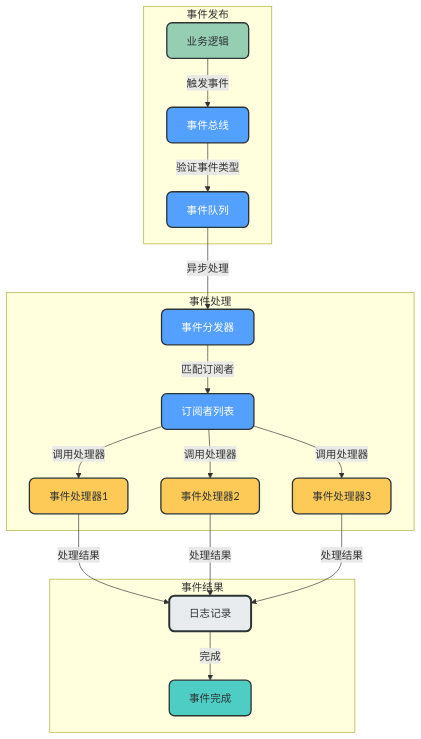
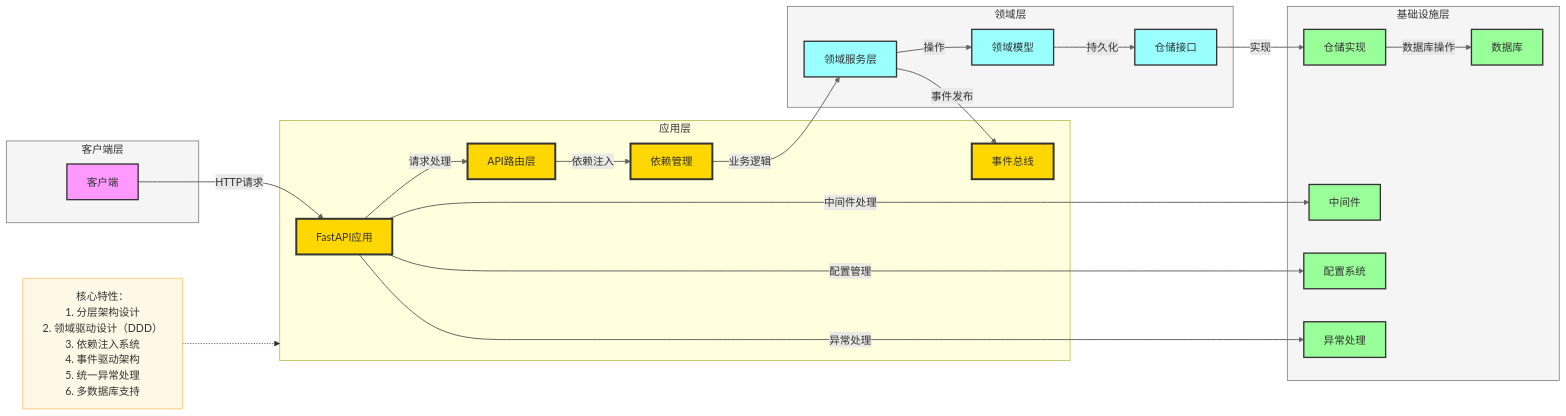
Before and after one commit to amuqiao/fastapi-enterprise-framework-template: the diagram in README.md, drawn with Mermaid. The commit also changed other lines of this file and 123 other files, not shown here.

````diff
--- a/README.md
+++ b/README.md
@@ -242,33 +16,64 @@
 ```mermaid
-flowchart TD
-    subgraph 事件发布
-        A[业务逻辑] -->|触发事件| B[事件总线]
-        B -->|验证事件类型| C[事件队列]
+flowchart LR
+    %% 样式定义（沿用参考风格）
+    classDef clientStyle fill:#f9f,stroke:#333,stroke-width:2px
+    classDef apiStyle fill:#ffd700,stroke:#333,stroke-width:3px
+    classDef domainStyle fill:#9ff,stroke:#333,stroke-width:2px
+    classDef infraStyle fill:#9f9,stroke:#333,stroke-width:2px
+    classDef subgraphStyle fill:#f5f5f5,stroke:#666,stroke-width:1px,rounded:10px
+    classDef noteStyle fill:#fff8e6,stroke:#ffb74d,stroke-width:1px,rounded:8px
+
+    %% 客户端层
+    subgraph clientLayer["客户端层"]
+        A[客户端]:::clientStyle
     end
+    class clientLayer subgraphStyle
 
-    subgraph 事件处理
-        C -->|异步处理| D[事件分发器]
-        D -->|匹配订阅者| E[订阅者列表]
-        E -->|调用处理器| F[事件处理器1]
-        E -->|调用处理器| G[事件处理器2]
-        E -->|调用处理器| H[事件处理器3]
+    %% 应用层
+    subgraph appLayer["应用层"]
+        B[FastAPI应用]:::apiStyle
+        C[API路由层]:::apiStyle
+        D[依赖管理]:::apiStyle
+        F[事件总线]:::apiStyle
     end
+    class appLayer subgraphStyle
 
-    subgraph 事件结果
-        F -->|处理结果| I[日志记录]
-        G -->|处理结果| I
-        H -->|处理结果| I
-        I -->|完成| J[事件完成]
+    %% 领域层
+    subgraph domainLayer["领域层"]
+        E[领域服务层]:::domainStyle
+        G[领域模型]:::domainStyle
+        H[仓储接口]:::domainStyle
     end
+    class domainLayer subgraphStyle
 
-    style A fill:#96CEB4,stroke:#2D3436,stroke-width:2px,color:#2D3436,rx:8,ry:8
-    style B fill:#54A0FF,stroke:#2D3436,stroke-width:2px,color:white,rx:8,ry:8
-    style C fill:#54A0FF,stroke:#2D3436,stroke-width:2px,color:white,rx:8,ry:8
-    style D fill:#54A0FF,stroke:#2D3436,stroke-width:2px,color:white,rx:8,ry:8
-    style E fill:#54A0FF,stroke:#2D3436,stroke-width:2px,color:white,rx:8,ry:8
-    style F fill:#FECA57,stroke:#2D3436,stroke-width:2px,color:#2D3436,rx:8,ry:8
-    style G fill:#FECA57,stroke:#2D3436,stroke-width:2px,color:#2D3436,rx:8,ry:8
-    style H fill:#FECA57,stroke:#2D3436,stroke-width:2px,color:#2D3436,rx:8,ry:8
-    style I fill:#E9ECEF,stroke:#2D3436,stroke-width:3px,color:#2D3436,rx:8,ry:8
-    style J fill:#4ECDC4,stroke:#2D3436,stroke-width:2px,color:#2D3436,rx:8,ry:8
+    %% 基础设施层
+    subgraph infraLayer["基础设施层"]
+        I[仓储实现]:::infraStyle
+        J[数据库]:::infraStyle
+        K[中间件]:::infraStyle
+        L[配置系统]:::infraStyle
+        M[异常处理]:::infraStyle
+    end
+    class infraLayer subgraphStyle
+
+    %% 核心流转逻辑
+    A -->|HTTP请求| B
+    B -->|请求处理| C
+    C -->|依赖注入| D
+    D -->|业务逻辑| E
+    E -->|事件发布| F
+    E -->|操作| G
+    G -->|持久化| H
+    H -->|实现| I
+    I -->|数据库操作| J
+    B -->|中间件处理| K
+    B -->|配置管理| L
+    B -->|异常处理| M
+
+    %% 连接线统一样式
+    linkStyle 0,1,2,3,4,5,6,7,8,9,10,11 stroke:#666,stroke-width:1.5px,arrowheadStyle:filled
+
+    %% 核心特性说明
+    Note[核心特性：<br/>1. 分层架构设计<br/>2. 领域驱动设计（DDD）<br/>3. 依赖注入系统<br/>4. 事件驱动架构<br/>5. 统一异常处理<br/>6. 多数据库支持]:::noteStyle
+    Note -.-> appLayer
 ```
````
